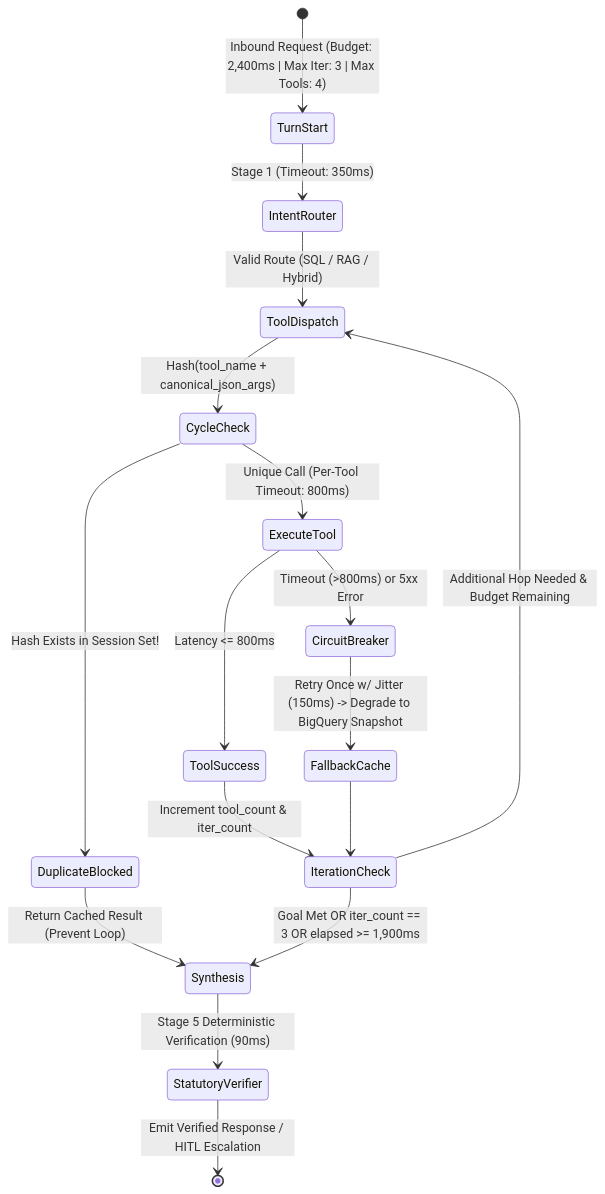
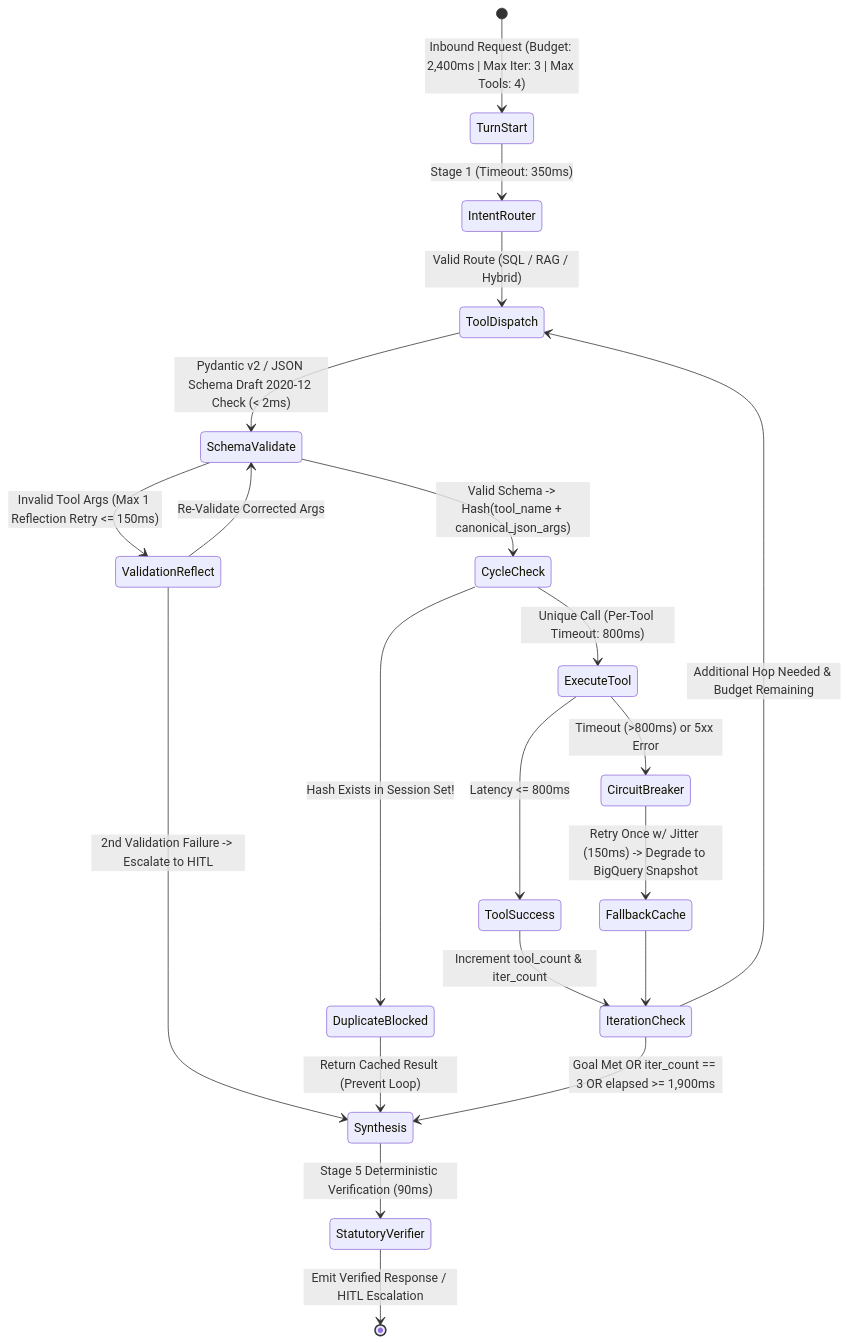
One commit to ashishnabira1976/cymbalbank changed the fourth of 8 diagrams in Cymbal_Bank_Solution_Design_Document.md. Above: the diagram before and after it, drawn with Mermaid. The commit also changed other lines of this file, not shown here.

````diff
--- a/Cymbal_Bank_Solution_Design_Document.md
+++ b/Cymbal_Bank_Solution_Design_Document.md
@@ -343,19 +527,23 @@
 ```mermaid
 stateDiagram-v2
     [*] --> TurnStart: Inbound Request (Budget: 2,400ms | Max Iter: 3 | Max Tools: 4)
     TurnStart --> IntentRouter: Stage 1 (Timeout: 350ms)
     IntentRouter --> ToolDispatch: Valid Route (SQL / RAG / Hybrid)
-    ToolDispatch --> CycleCheck: Hash(tool_name + canonical_json_args)
+    ToolDispatch --> SchemaValidate: Pydantic v2 / JSON Schema Draft 2020-12 Check (< 2ms)
+    SchemaValidate --> ValidationReflect: Invalid Tool Args (Max 1 Reflection Retry <= 150ms)
+    ValidationReflect --> SchemaValidate: Re-Validate Corrected Args
+    ValidationReflect --> Synthesis: 2nd Validation Failure -> Escalate to HITL
+    SchemaValidate --> CycleCheck: Valid Schema -> Hash(tool_name + canonical_json_args)
     CycleCheck --> DuplicateBlocked: Hash Exists in Session Set!
     DuplicateBlocked --> Synthesis: Return Cached Result (Prevent Loop)
     CycleCheck --> ExecuteTool: Unique Call (Per-Tool Timeout: 800ms)
     ExecuteTool --> ToolSuccess: Latency <= 800ms
     ExecuteTool --> CircuitBreaker: Timeout (>800ms) or 5xx Error
     CircuitBreaker --> FallbackCache: Retry Once w/ Jitter (150ms) -> Degrade to BigQuery Snapshot
     ToolSuccess --> IterationCheck: Increment tool_count & iter_count
     FallbackCache --> IterationCheck
     IterationCheck --> Synthesis: Goal Met OR iter_count == 3 OR elapsed >= 1,900ms
     IterationCheck --> ToolDispatch: Additional Hop Needed & Budget Remaining
     Synthesis --> StatutoryVerifier: Stage 5 Deterministic Verification (90ms)
     StatutoryVerifier --> [*]: Emit Verified Response / HITL Escalation
 ```
````
